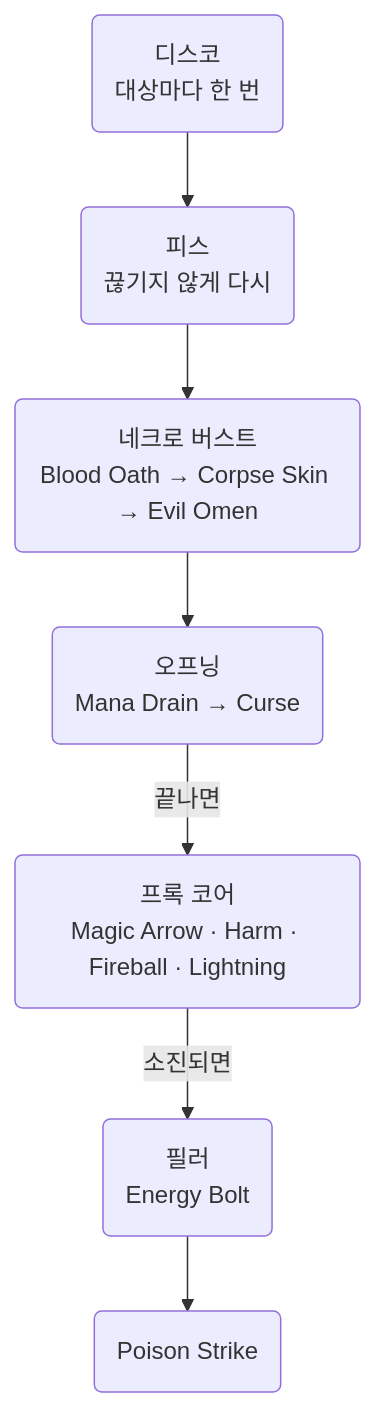
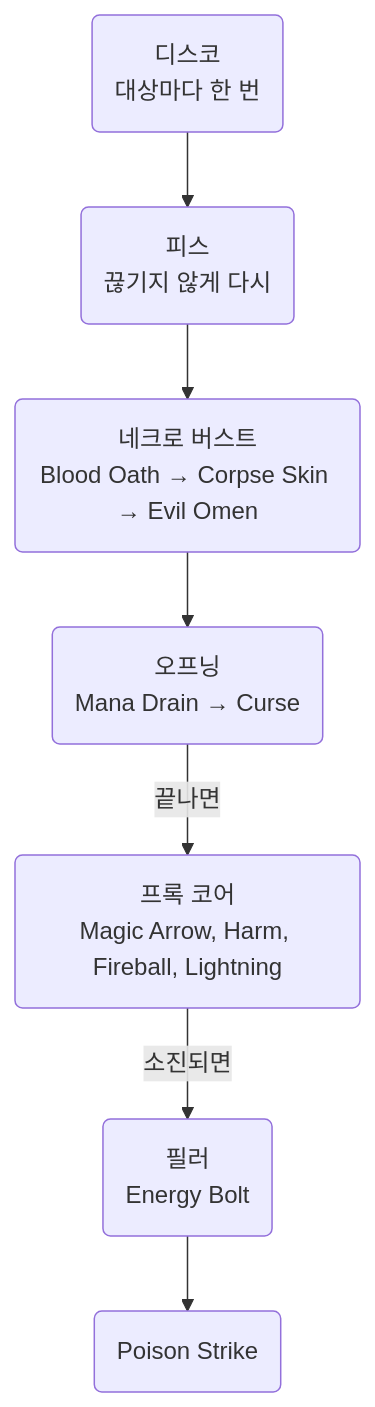
Before and after one commit to minu-ha/uoo: the third of 5 diagrams in document/templates/bard-necro.md, drawn with Mermaid. The commit also changed other lines of this file, not shown here.

````diff
--- a/document/templates/bard-necro.md
+++ b/document/templates/bard-necro.md
@@ -1073,6 +1085,6 @@
 ```mermaid
 flowchart TD
   disco("디스코<br>대상마다 한 번") --> peace("피스<br>끊기지 않게 다시") --> necro("네크로 버스트<br>Blood Oath → Corpse Skin → Evil Omen") --> opener("오프닝<br>Mana Drain → Curse")
-  opener -- 끝나면 --> proc("프록 코어<br>Magic Arrow · Harm · Fireball · Lightning")
+  opener -- 끝나면 --> proc("프록 코어<br>Magic Arrow, Harm, Fireball, Lightning")
   proc -- 소진되면 --> filler("필러<br>Energy Bolt") --> strike("Poison Strike")
 ```
````
